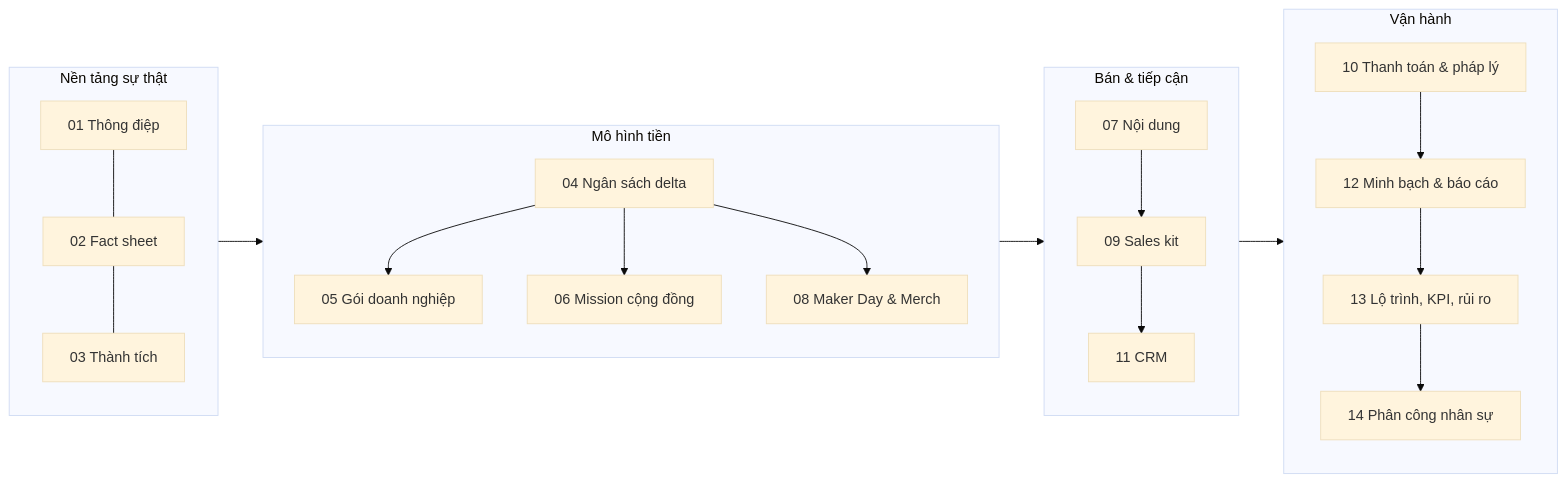
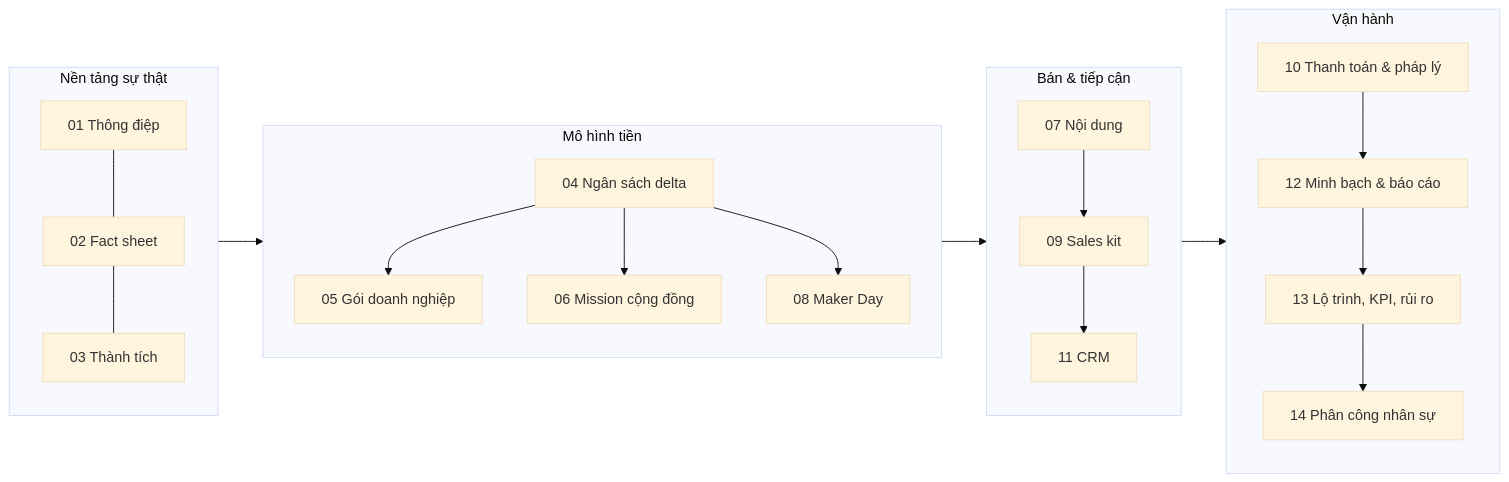
Before and after one commit to Minhmice/roboticssocson: the diagram in docs/campaign-2026-2027/00-README.md, drawn with Mermaid (base theme). The commit also changed other lines of this file and 304 other files, not shown here.

````diff
--- a/docs/campaign-2026-2027/00-README.md
+++ b/docs/campaign-2026-2027/00-README.md
@@ -24,18 +24,18 @@
 ```mermaid
 flowchart LR
   subgraph Nền["Nền tảng sự thật"]
     F01[01 Thông điệp] --- F02[02 Fact sheet] --- F03[03 Thành tích]
   end
   subgraph Tiền["Mô hình tiền"]
     F04[04 Ngân sách delta] --> F05[05 Gói doanh nghiệp]
     F04 --> F06[06 Mission cộng đồng]
-    F04 --> F08[08 Maker Day & Merch]
+    F04 --> F08[08 Maker Day]
   end
   subgraph Bán["Bán & tiếp cận"]
     F07[07 Nội dung] --> F09[09 Sales kit] --> F11[11 CRM]
   end
   subgraph VH["Vận hành"]
     F10[10 Thanh toán & pháp lý] --> F12[12 Minh bạch & báo cáo] --> F13[13 Lộ trình, KPI, rủi ro] --> F14[14 Phân công nhân sự]
   end
   Nền --> Tiền --> Bán --> VH
 ```
````
